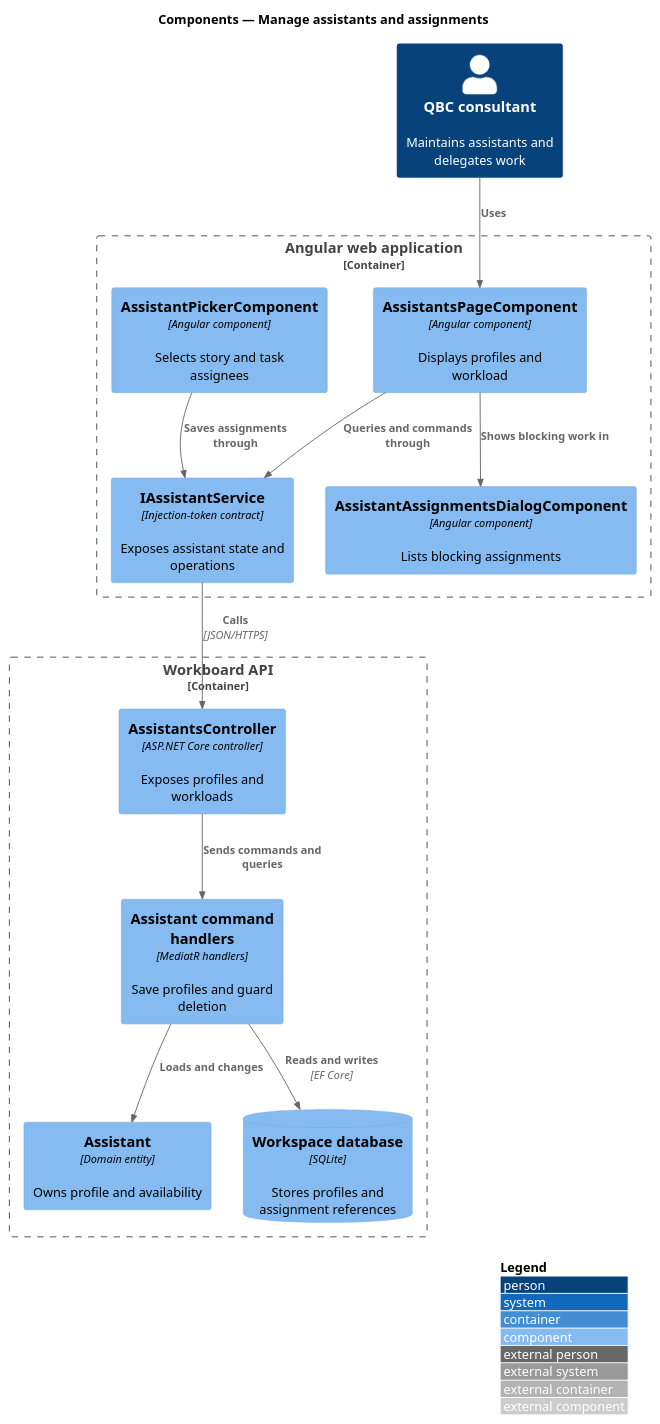
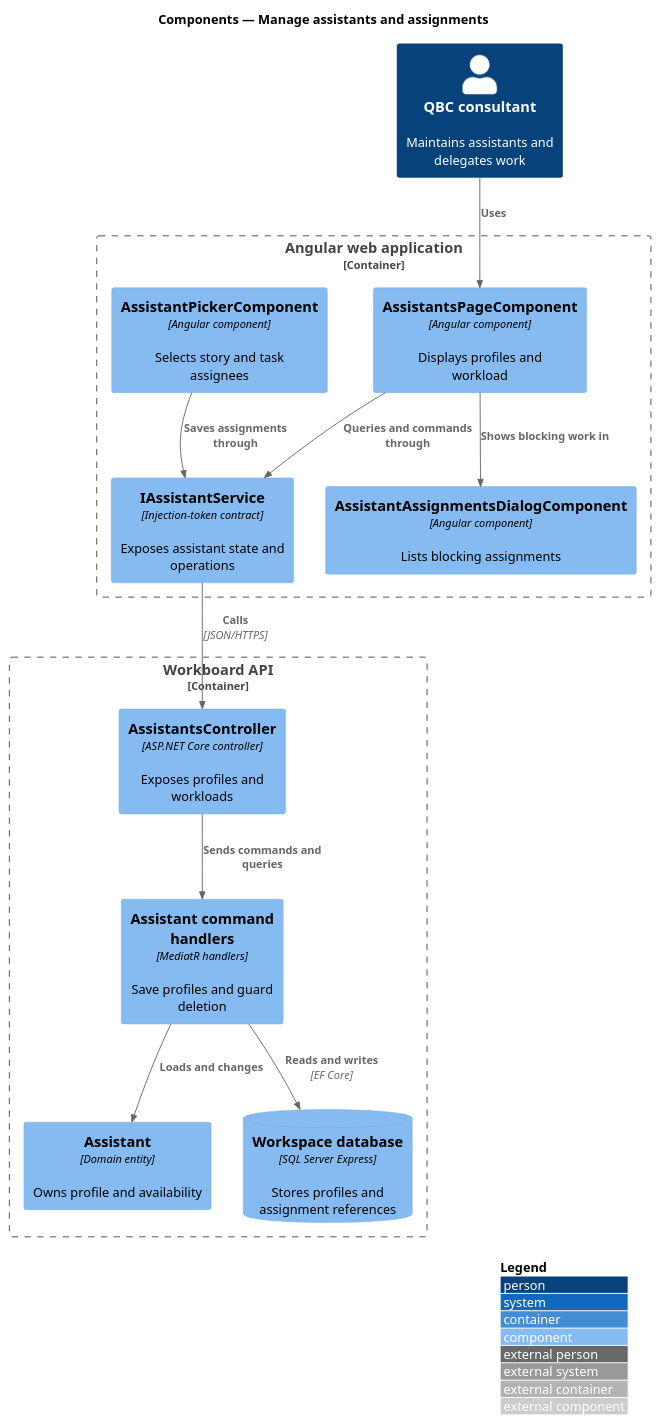
Before and after one commit to QuinntyneBrown/quinntyne-brown-consulting: the diagram in docs/detailed-designs/work-items/manage-assistants-and-assignments/diagrams/c4-component.puml, drawn with PlantUML. The commit also changed 60 other files, not shown here.

```diff
--- a/docs/detailed-designs/work-items/manage-assistants-and-assignments/diagrams/c4-component.puml
+++ b/docs/detailed-designs/work-items/manage-assistants-and-assignments/diagrams/c4-component.puml
@@ -1,28 +1,28 @@
 @startuml
 !include <C4/C4_Component>
 LAYOUT_WITH_LEGEND()
 title Components — Manage assistants and assignments
 
 Person(consultant, "QBC consultant", "Maintains assistants and delegates work")
 Container_Boundary(spa, "Angular web application") {
   Component(page, "AssistantsPageComponent", "Angular component", "Displays profiles and workload")
   Component(picker, "AssistantPickerComponent", "Angular component", "Selects story and task assignees")
   Component(dialog, "AssistantAssignmentsDialogComponent", "Angular component", "Lists blocking assignments")
   Component(service, "IAssistantService", "Injection-token contract", "Exposes assistant state and operations")
 }
 Container_Boundary(api, "Workboard API") {
   Component(controller, "AssistantsController", "ASP.NET Core controller", "Exposes profiles and workloads")
   Component(handlers, "Assistant command handlers", "MediatR handlers", "Save profiles and guard deletion")
   Component(domain, "Assistant", "Domain entity", "Owns profile and availability")
-  ComponentDb(db, "Workspace database", "SQLite", "Stores profiles and assignment references")
+  ComponentDb(db, "Workspace database", "SQL Server Express", "Stores profiles and assignment references")
 }
 
 Rel(consultant, page, "Uses")
 Rel(page, dialog, "Shows blocking work in")
 Rel(picker, service, "Saves assignments through")
 Rel(page, service, "Queries and commands through")
 Rel(service, controller, "Calls", "JSON/HTTPS")
 Rel(controller, handlers, "Sends commands and queries")
 Rel(handlers, domain, "Loads and changes")
 Rel(handlers, db, "Reads and writes", "EF Core")
 @enduml
```
